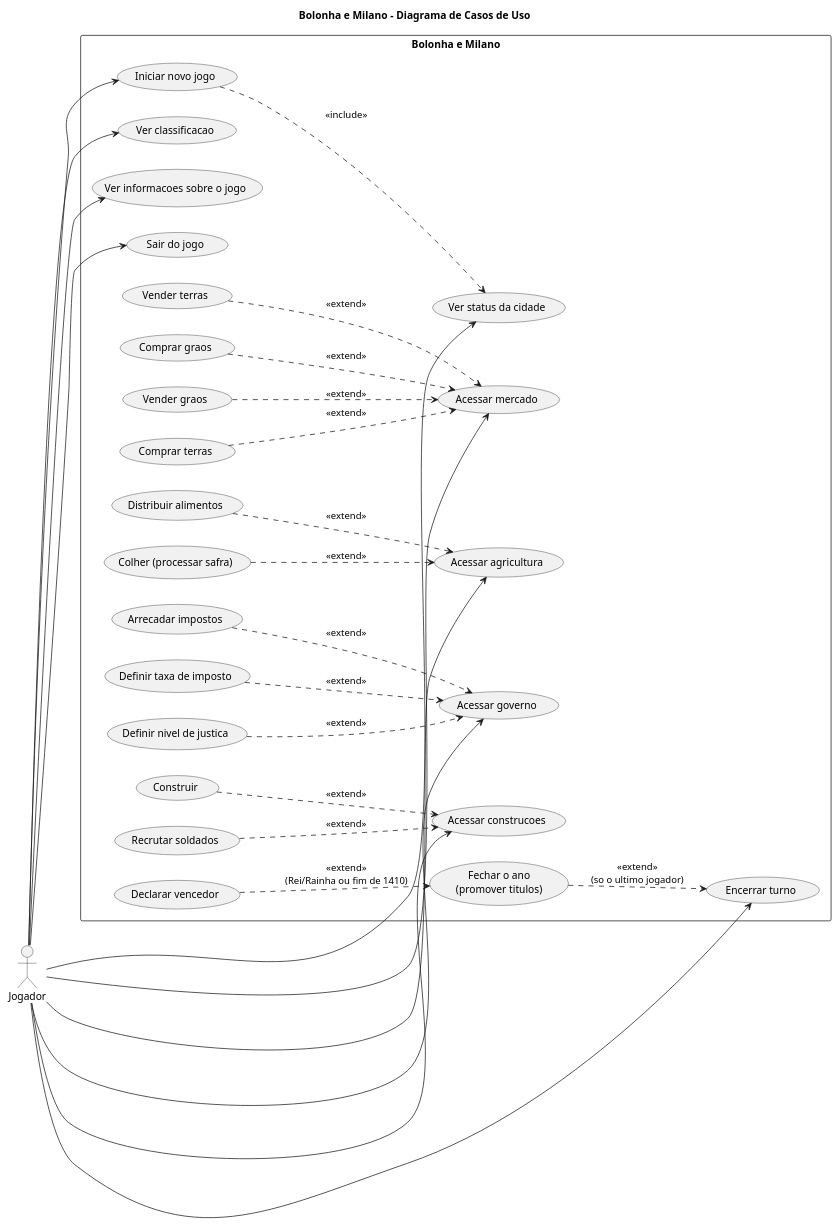
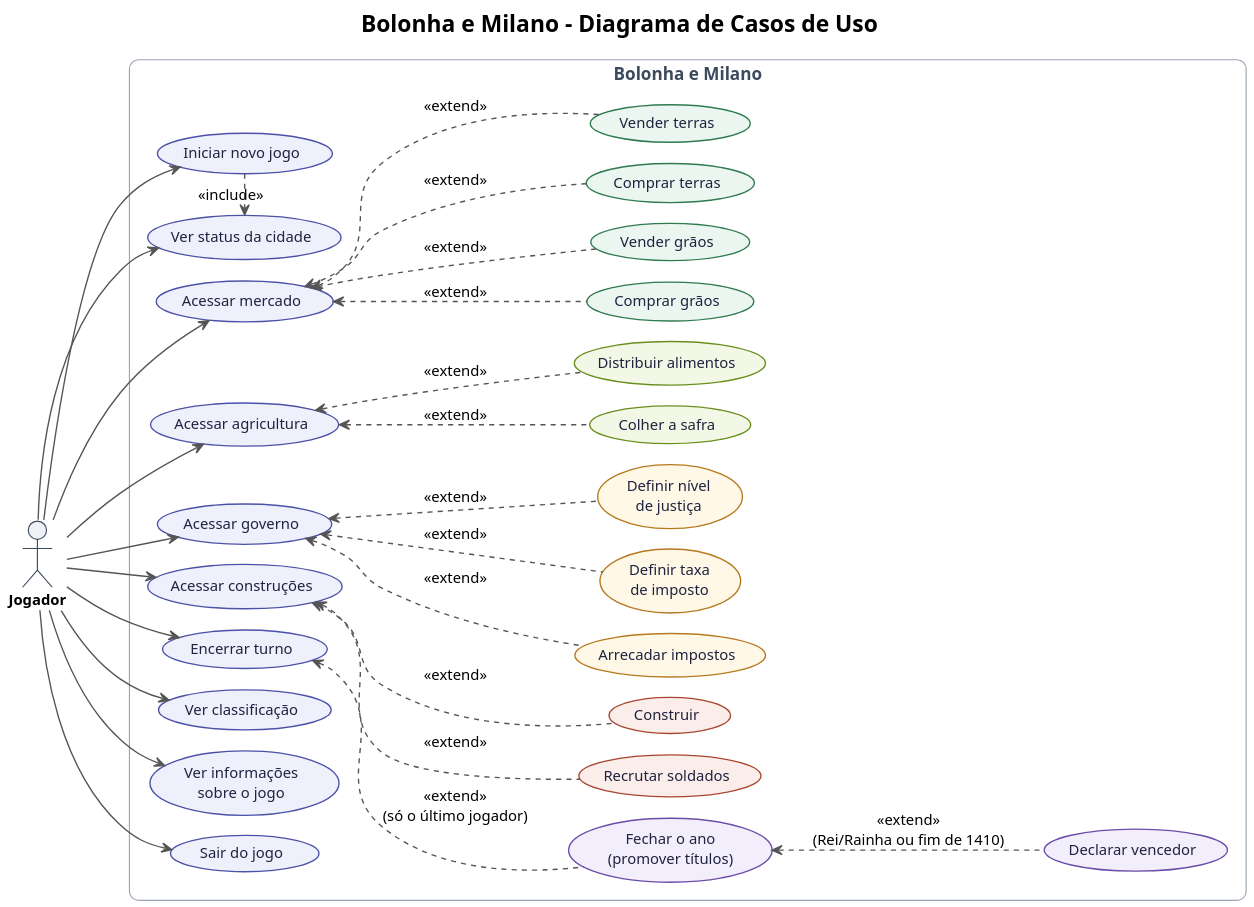
Before and after one commit to toybile/projeto-bolonha-e-milano: the diagram in casos-de-uso/diagrama-casos-de-uso.puml, drawn with PlantUML. The commit also changed 8 other files, not shown here.

First line of the commit message:
Melhorias extras: tela limpa, pausa e cores no terminal; diagramas em PNG

```diff
--- a/casos-de-uso/diagrama-casos-de-uso.puml
+++ b/casos-de-uso/diagrama-casos-de-uso.puml
@@ -1,71 +1,126 @@
 @startuml diagrama-casos-de-uso
-' Bolonha e Milano - casos de uso (versao final, Etapas 1 a 8)
+' Bolonha e Milano - casos de uso (versao final)
+' Seta cheia = o jogador usa o caso de uso.
+' <<include>> = sempre acontece junto; <<extend>> = opcao dentro do caso maior.
+
+!theme plain
+skinparam dpi 150
+skinparam defaultFontName Arial
+skinparam defaultFontSize 13
+skinparam shadowing false
+skinparam ArrowColor #555555
+skinparam ArrowThickness 1.2
+skinparam TitleFontSize 20
+skinparam TitleFontStyle bold
+skinparam nodesep 18
+skinparam ranksep 70
+skinparam actor {
+  BorderColor #3C4A5E
+  BackgroundColor #EEF2F7
+  FontStyle bold
+}
+skinparam rectangle {
+  BorderColor #9AA5B1
+  FontColor #3C4A5E
+  FontSize 15
+  FontStyle bold
+  RoundCorner 16
+}
+skinparam usecase {
+  BorderThickness 1.2
+  BorderColor #4C51A8
+  BackgroundColor #EEF0FB
+  FontColor #1F2340
+}
+skinparam usecase<<Mercado>> {
+  BackgroundColor #EAF6EF
+  BorderColor #2F7A4F
+}
+skinparam usecase<<Agricultura>> {
+  BackgroundColor #F3F8E6
+  BorderColor #6A8F1F
+}
+skinparam usecase<<Governo>> {
+  BackgroundColor #FFF8E7
+  BorderColor #B7791F
+}
+skinparam usecase<<Construcoes>> {
+  BackgroundColor #FBEDEA
+  BorderColor #A8452F
+}
+skinparam usecase<<Ano>> {
+  BackgroundColor #F3EEFB
+  BorderColor #6B4CA8
+}
+hide stereotype
 
 title Bolonha e Milano - Diagrama de Casos de Uso
+
 left to right direction
 
 actor Jogador
 
 rectangle "Bolonha e Milano" {
+
   usecase "Iniciar novo jogo" as UC1
   usecase "Ver status da cidade" as UC2
   usecase "Acessar mercado" as UC3
   usecase "Acessar agricultura" as UC4
   usecase "Acessar governo" as UC5
-  usecase "Acessar construcoes" as UC6
+  usecase "Acessar construções" as UC6
   usecase "Encerrar turno" as UC7
-  usecase "Ver classificacao" as UC8
-  usecase "Ver informacoes sobre o jogo" as UC9
+  usecase "Ver classificação" as UC8
+  usecase "Ver informações\nsobre o jogo" as UC9
   usecase "Sair do jogo" as UC10
 
-  usecase "Comprar graos" as M1
-  usecase "Vender graos" as M2
-  usecase "Comprar terras" as M3
-  usecase "Vender terras" as M4
+  usecase "Comprar grãos" as M1 <<Mercado>>
+  usecase "Vender grãos" as M2 <<Mercado>>
+  usecase "Comprar terras" as M3 <<Mercado>>
+  usecase "Vender terras" as M4 <<Mercado>>
 
-  usecase "Colher (processar safra)" as A1
-  usecase "Distribuir alimentos" as A2
+  usecase "Colher a safra" as A1 <<Agricultura>>
+  usecase "Distribuir alimentos" as A2 <<Agricultura>>
 
-  usecase "Arrecadar impostos" as G1
-  usecase "Definir taxa de imposto" as G2
-  usecase "Definir nivel de justica" as G3
+  usecase "Arrecadar impostos" as G1 <<Governo>>
+  usecase "Definir taxa\nde imposto" as G2 <<Governo>>
+  usecase "Definir nível\nde justiça" as G3 <<Governo>>
 
-  usecase "Recrutar soldados" as C1
-  usecase "Construir" as C2
+  usecase "Recrutar soldados" as C1 <<Construcoes>>
+  usecase "Construir" as C2 <<Construcoes>>
 
-  usecase "Fechar o ano\n(promover titulos)" as T1
-  usecase "Declarar vencedor" as T2
+  usecase "Fechar o ano\n(promover títulos)" as T1 <<Ano>>
+  usecase "Declarar vencedor" as T2 <<Ano>>
 }
 
-Jogador --> UC1
-Jogador --> UC2
+Jogador --> UC8
+Jogador --> UC9
+Jogador --> UC10
 Jogador --> UC3
 Jogador --> UC4
 Jogador --> UC5
 Jogador --> UC6
 Jogador --> UC7
-Jogador --> UC8
-Jogador --> UC9
-Jogador --> UC10
+Jogador --> UC1
+Jogador --> UC2
 
-UC1 ..> UC2 : <<include>>
+UC3 <.. M1 : <<extend>>
+UC3 <.. M2 : <<extend>>
+UC3 <.. M3 : <<extend>>
+UC3 <.. M4 : <<extend>>
 
-M1 ..> UC3 : <<extend>>
-M2 ..> UC3 : <<extend>>
-M3 ..> UC3 : <<extend>>
-M4 ..> UC3 : <<extend>>
+UC4 <.. A1 : <<extend>>
+UC4 <.. A2 : <<extend>>
 
-A1 ..> UC4 : <<extend>>
-A2 ..> UC4 : <<extend>>
+UC5 <.. G1 : <<extend>>
+UC5 <.. G2 : <<extend>>
+UC5 <.. G3 : <<extend>>
 
-G1 ..> UC5 : <<extend>>
-G2 ..> UC5 : <<extend>>
-G3 ..> UC5 : <<extend>>
+UC6 <.. C1 : <<extend>>
+UC6 <.. C2 : <<extend>>
 
-C1 ..> UC6 : <<extend>>
-C2 ..> UC6 : <<extend>>
+UC7 <.. T1 : <<extend>>\n(só o último jogador)
+T1 <.. T2 : <<extend>>\n(Rei/Rainha ou fim de 1410)
 
-T1 ..> UC7 : <<extend>>\n(so o ultimo jogador)
-T2 ..> T1 : <<extend>>\n(Rei/Rainha ou fim de 1410)
+UC1 .right.> UC2 : <<include>>
 
 @enduml
```
